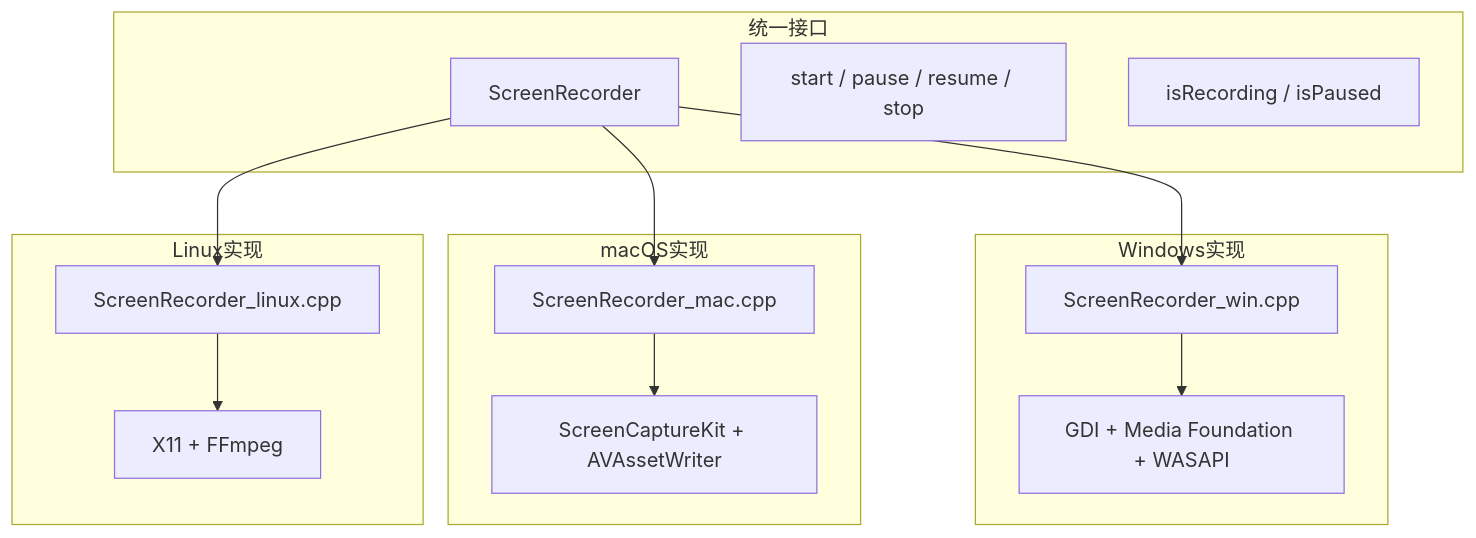
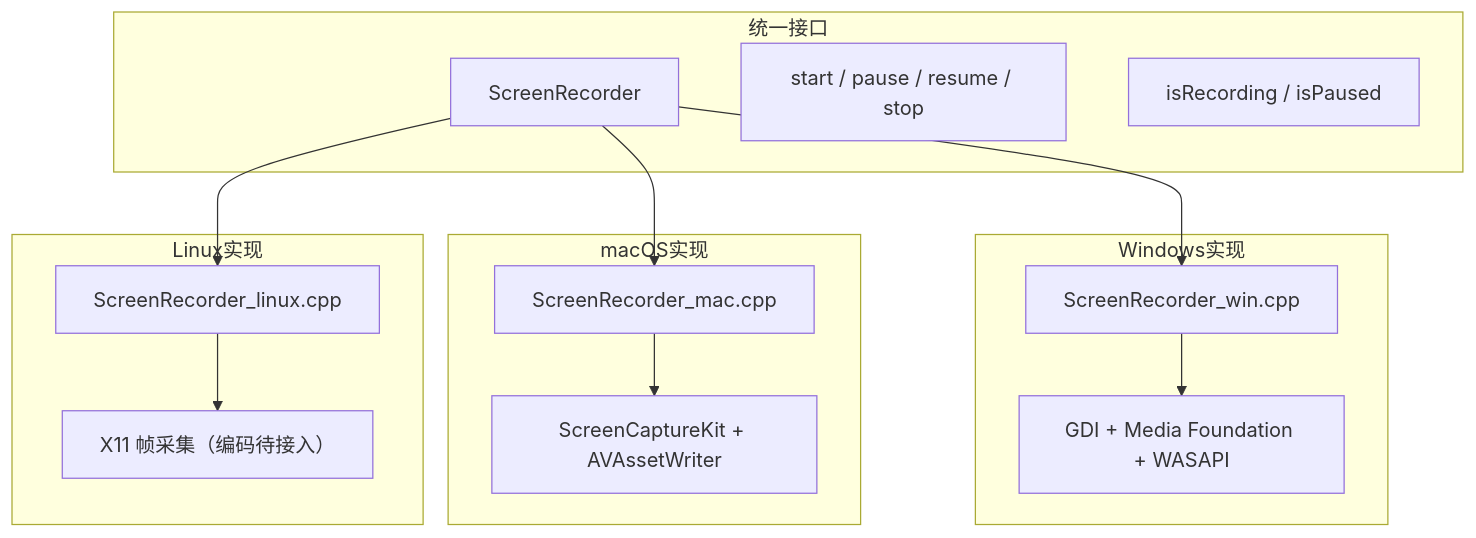
Before and after one commit to ChiangyangNPU/quick-shot: diagram 28 of 35 in docs/architecture.md, drawn with Mermaid. The commit also changed other lines of this file and 5 other files, not shown here.

````diff
--- a/docs/architecture.md
+++ b/docs/architecture.md
@@ -2857,30 +2857,30 @@
 ```mermaid
 graph TB
     subgraph 统一接口
         A[ScreenRecorder]
         A1[start / pause / resume / stop]
         A2[isRecording / isPaused]
     end
 
     subgraph Windows实现
         W1[ScreenRecorder_win.cpp]
         W2[GDI + Media Foundation + WASAPI]
     end
 
     subgraph macOS实现
         M1[ScreenRecorder_mac.cpp]
         M2[ScreenCaptureKit + AVAssetWriter]
     end
 
     subgraph Linux实现
         L1[ScreenRecorder_linux.cpp]
-        L2[X11 + FFmpeg]
+        L2[X11 帧采集（编码待接入）]
     end
 
     A --> W1
     A --> M1
     A --> L1
     W1 --> W2
     M1 --> M2
     L1 --> L2
 ```
````
